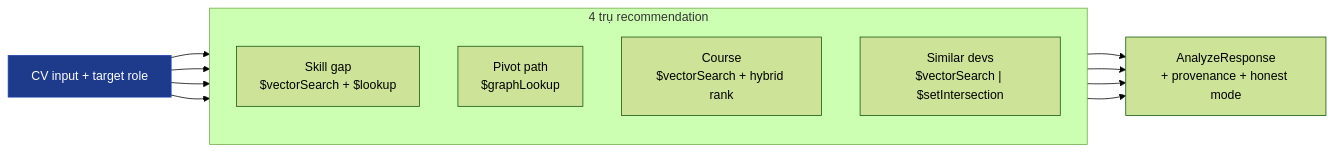
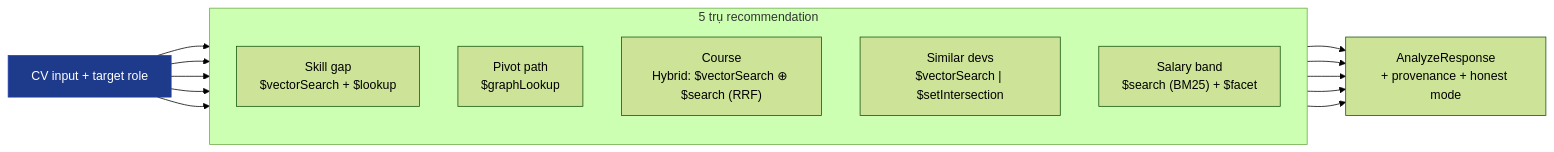
The first of 15 diagrams in docs/TECHNICAL_DOC.md (trahoangdev/path-finder), drawn with Mermaid (forest theme) before and after one commit. The commit also changed other lines of this file and 10 other files, not shown here.

Commit message:
feat: Add Atlas Search integration and hybrid RRF for course recommendations

````diff
--- a/docs/TECHNICAL_DOC.md
+++ b/docs/TECHNICAL_DOC.md
@@ -61,21 +64,23 @@
 ```mermaid
 flowchart LR
     CV["CV input + target role"]:::input
 
-    subgraph Reco["4 trụ recommendation"]
+    subgraph Reco["5 trụ recommendation"]
       direction TB
       R1["Skill gap<br/>$vectorSearch + $lookup"]
       R2["Pivot path<br/>$graphLookup"]
-      R3["Course<br/>$vectorSearch + hybrid rank"]
+      R3["Course<br/>Hybrid: $vectorSearch ⊕ $search (RRF)"]
       R4["Similar devs<br/>$vectorSearch | $setIntersection"]
+      R5["Salary band<br/>$search (BM25) + $facet"]
     end
 
-    CV --> R1 & R2 & R3 & R4
+    CV --> R1 & R2 & R3 & R4 & R5
 
     R1 --> OUT["AnalyzeResponse<br/>+ provenance + honest mode"]
     R2 --> OUT
     R3 --> OUT
     R4 --> OUT
+    R5 --> OUT
 
     classDef input fill:#1e3a8a,stroke:#1e40af,color:#fff
 ```
````
